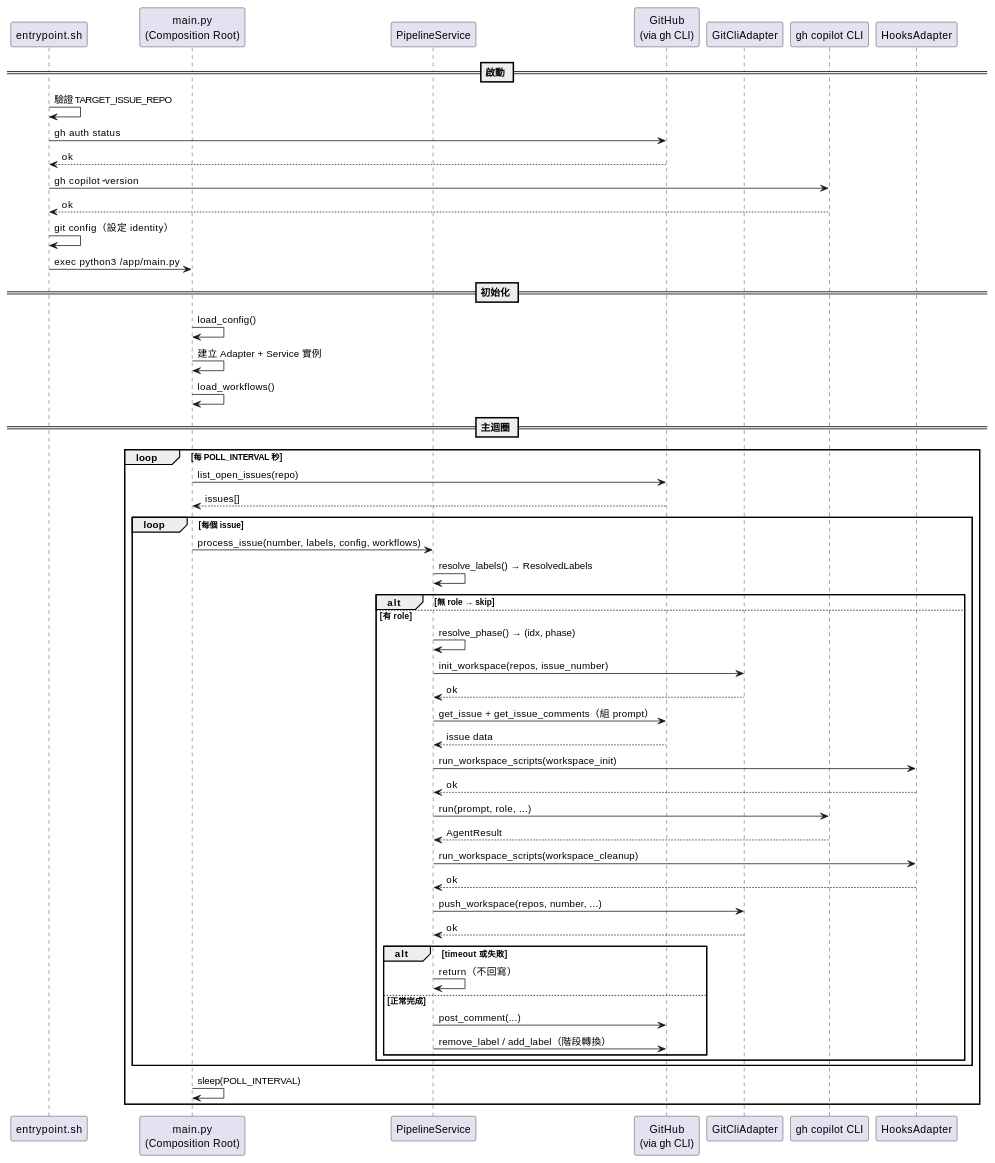
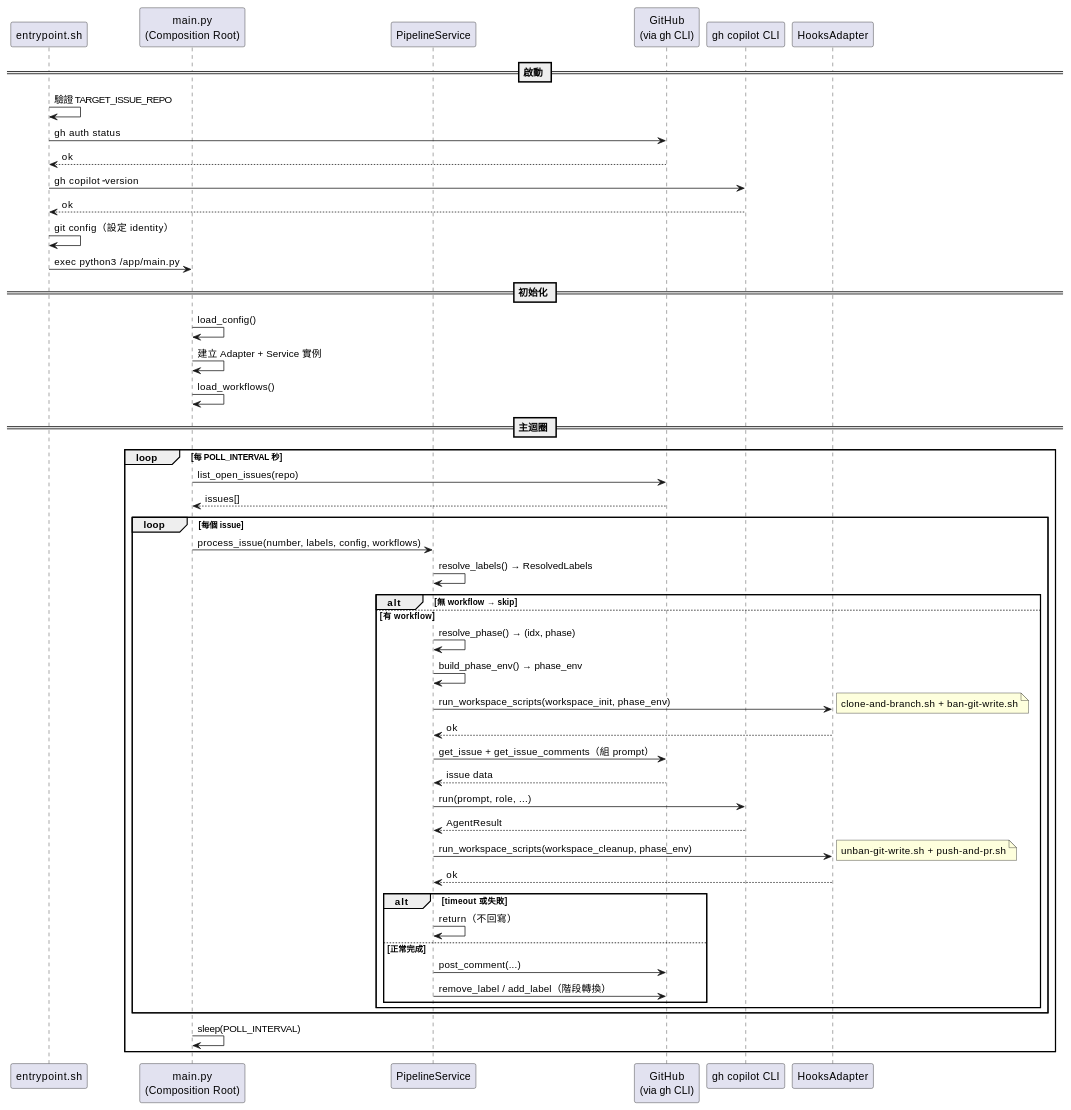
Before and after one commit to FATESAIKOU/LearnGhAgent: the diagram in docs/03-basic-design.md, drawn with PlantUML. The commit also changed other lines of this file and 18 other files, not shown here.

````diff
--- a/docs/03-basic-design.md
+++ b/docs/03-basic-design.md
@@ -699,67 +655,65 @@
 ```plantuml
 @startuml
 skinparam defaultFontName sans-serif
 
 participant "entrypoint.sh" as EP
 participant "main.py\n(Composition Root)" as MAIN
 participant "PipelineService" as PS
 participant "GitHub\n(via gh CLI)" as GH
-participant "GitCliAdapter" as GIT
 participant "gh copilot CLI" as Agent
 participant "HooksAdapter" as HOOKS
 
 == 啟動 ==
 EP -> EP : 驗證 TARGET_ISSUE_REPO
 EP -> GH : gh auth status
 GH --> EP : ok
 EP -> Agent : gh copilot -- --version
 Agent --> EP : ok
 EP -> EP : git config（設定 identity）
 EP -> MAIN : exec python3 /app/main.py
 
 == 初始化 ==
 MAIN -> MAIN : load_config()
 MAIN -> MAIN : 建立 Adapter + Service 實例
 MAIN -> MAIN : load_workflows()
 
 == 主迴圈 ==
 loop 每 POLL_INTERVAL 秒
     MAIN -> GH : list_open_issues(repo)
     GH --> MAIN : issues[]
 
     loop 每個 issue
         MAIN -> PS : process_issue(number, labels, config, workflows)
 
         PS -> PS : resolve_labels() → ResolvedLabels
 
-        alt 無 role → skip
-        else 有 role
+        alt 無 workflow → skip
+        else 有 workflow
             PS -> PS : resolve_phase() → (idx, phase)
-            PS -> GIT : init_workspace(repos, issue_number)
-            GIT --> PS : ok
+            PS -> PS : build_phase_env() → phase_env
+            PS -> HOOKS : run_workspace_scripts(workspace_init, phase_env)
+            note right: clone-and-branch.sh + ban-git-write.sh
+            HOOKS --> PS : ok
             PS -> GH : get_issue + get_issue_comments（組 prompt）
             GH --> PS : issue data
-            PS -> HOOKS : run_workspace_scripts(workspace_init)
-            HOOKS --> PS : ok
             PS -> Agent : run(prompt, role, ...)
             Agent --> PS : AgentResult
 
-            PS -> HOOKS : run_workspace_scripts(workspace_cleanup)
+            PS -> HOOKS : run_workspace_scripts(workspace_cleanup, phase_env)
+            note right: unban-git-write.sh + push-and-pr.sh
             HOOKS --> PS : ok
-            PS -> GIT : push_workspace(repos, number, ...)
-            GIT --> PS : ok
 
             alt timeout 或失敗
                 PS -> PS : return（不回寫）
             else 正常完成
                 PS -> GH : post_comment(...)
                 PS -> GH : remove_label / add_label（階段轉換）
             end
         end
     end
 
     MAIN -> MAIN : sleep(POLL_INTERVAL)
 end
 
 @enduml
 ```
````
